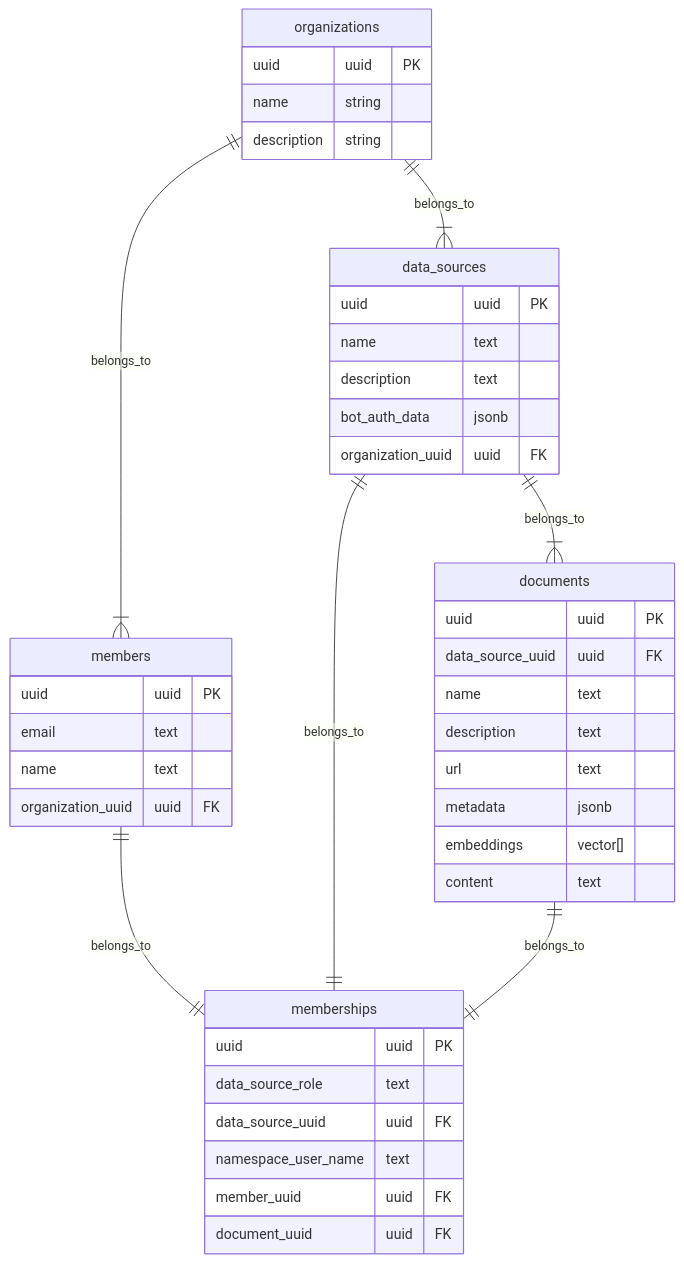
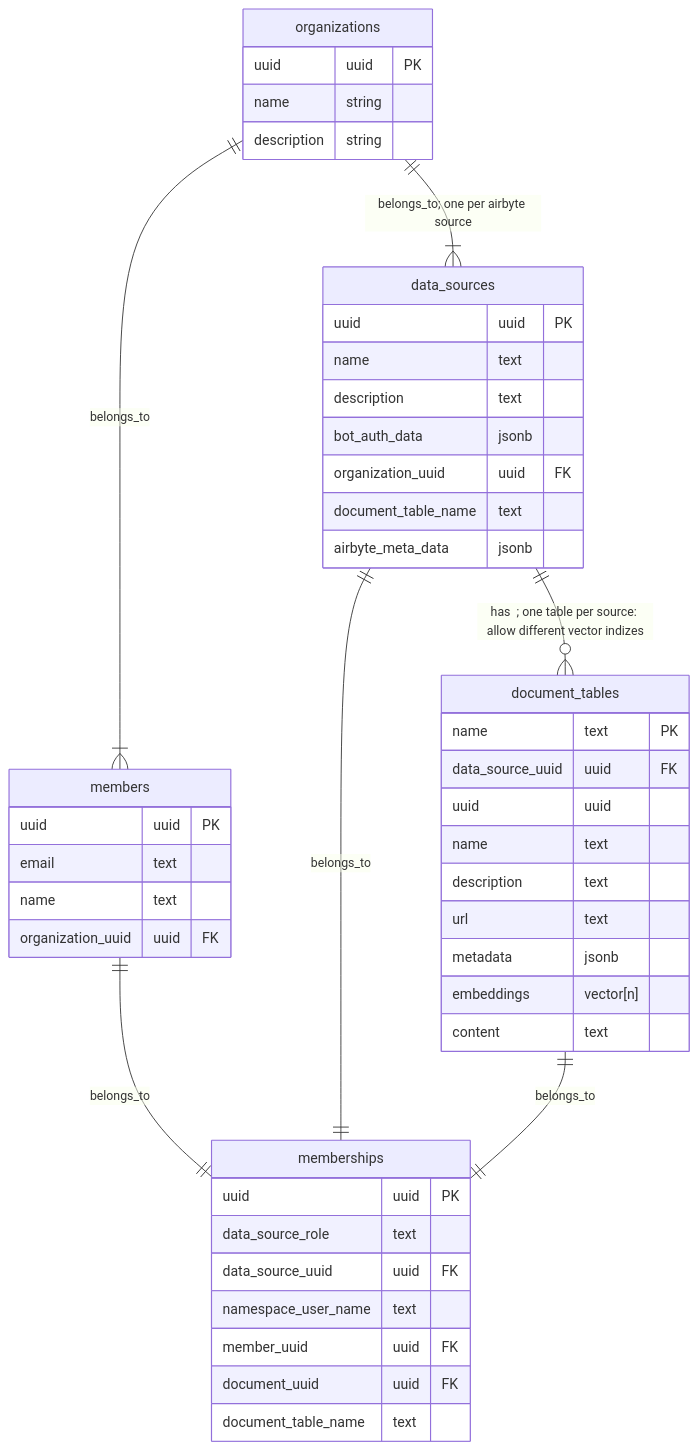
Before and after one commit to aishe-ai/core: the first of 2 diagrams in README.md, drawn with Mermaid. The commit also changed other lines of this file, not shown here.

Commit message:
updated rbac mermaid

````diff
--- a/README.md
+++ b/README.md
@@ -48,45 +53,49 @@
 ```mermaid
 erDiagram
-    organizations ||--|{ data_sources : belongs_to
+    organizations ||--|{ data_sources : "belongs_to; one per airbyte source"
     organizations ||--|{ members : belongs_to
-    data_sources ||--|{ documents : belongs_to
+    data_sources ||--o{ document_tables : "has  ; one table per source: allow different vector indizes"
     members ||--|| memberships : belongs_to
     data_sources ||--|| memberships : belongs_to
-    documents ||--|| memberships : belongs_to
+    document_tables ||--|| memberships : belongs_to
     organizations {
         uuid uuid PK
         name string
         description string
     }
     data_sources {
         uuid uuid PK
         name text
         description text
         bot_auth_data jsonb
         organization_uuid uuid FK
+        document_table_name text
+        airbyte_meta_data jsonb
     }
     members {
         uuid uuid PK
         email text
         name text
         organization_uuid uuid FK
     }
-    documents {
-        uuid uuid PK
+    document_tables {
+        name text PK
         data_source_uuid uuid FK
+        uuid uuid
         name text
         description text
         url text
         metadata jsonb
-        embeddings vector[]
+        embeddings vector[n]
         content text
     }
     memberships {
         uuid uuid PK
         data_source_role text
         data_source_uuid uuid FK
         namespace_user_name text
         member_uuid uuid FK
         document_uuid uuid FK
+        document_table_name text
     }
 ```
````
